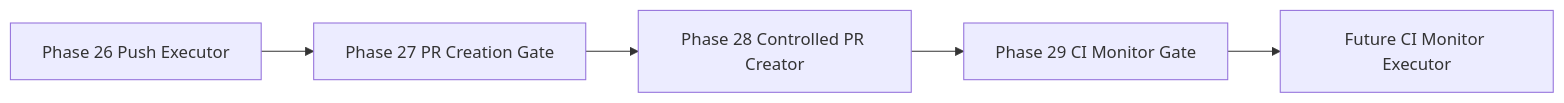
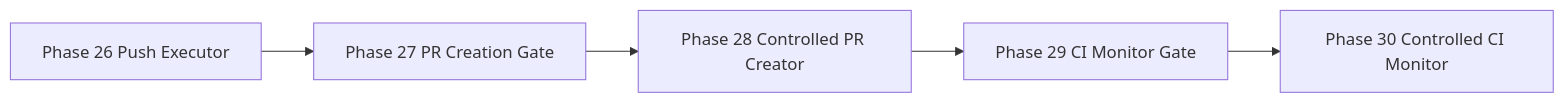
One commit to misaeldasilva123ms96-commits/Projeto-Omni changed the diagram in docs/architecture/omni-ci-monitor-gate.md. Above: the diagram before and after it, drawn with Mermaid. The commit also changed other lines of this file and 10 other files, not shown here.

Commit message:
sandbox: add controlled CI monitor

````diff
--- a/docs/architecture/omni-ci-monitor-gate.md
+++ b/docs/architecture/omni-ci-monitor-gate.md
@@ -5,7 +5,7 @@
 ```mermaid
 flowchart LR
   P26["Phase 26 Push Executor"] --> P27["Phase 27 PR Creation Gate"]
   P27 --> P28["Phase 28 Controlled PR Creator"]
   P28 --> P29["Phase 29 CI Monitor Gate"]
-  P29 --> P30["Future CI Monitor Executor"]
+  P29 --> P30["Phase 30 Controlled CI Monitor"]
 ```
````
